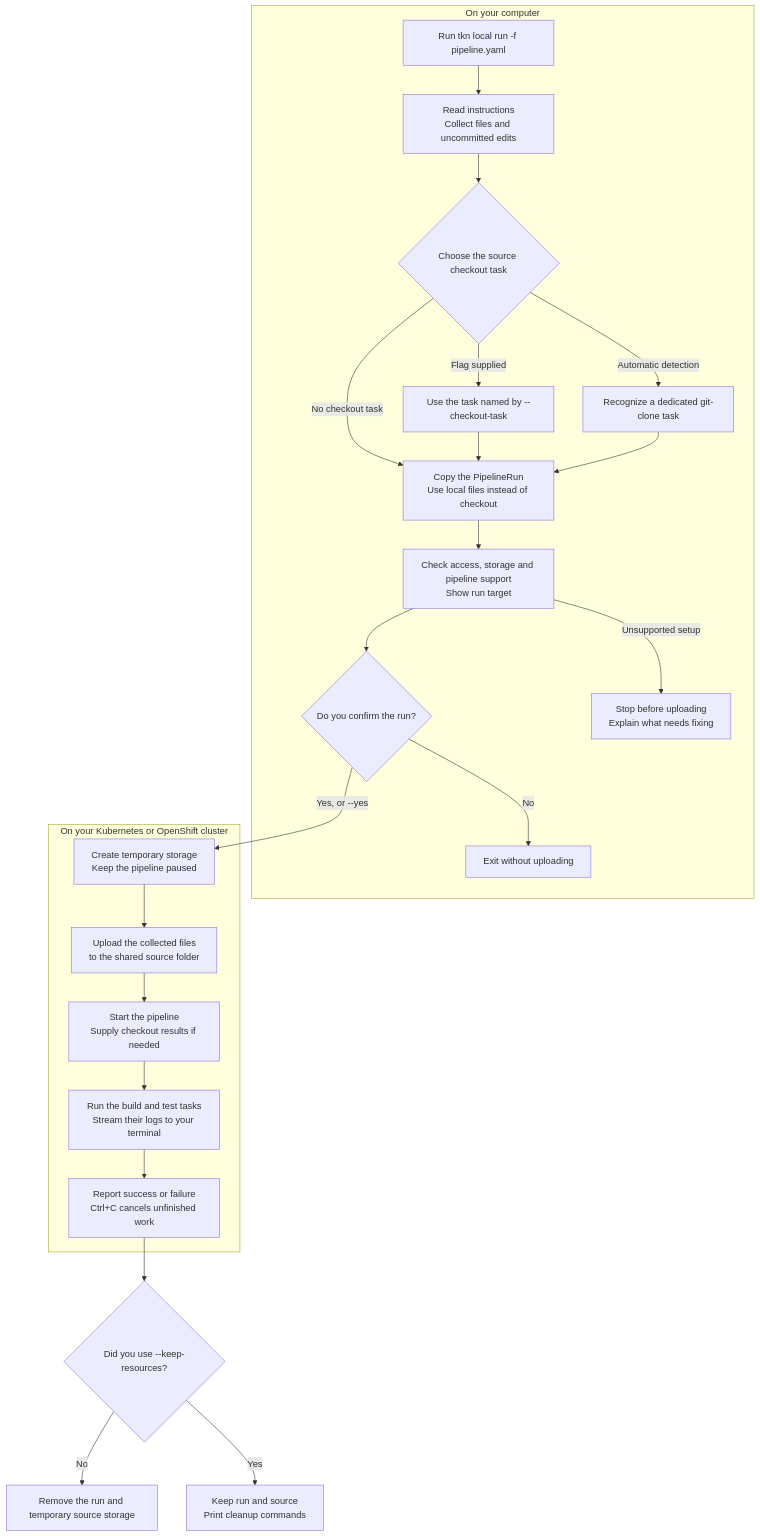
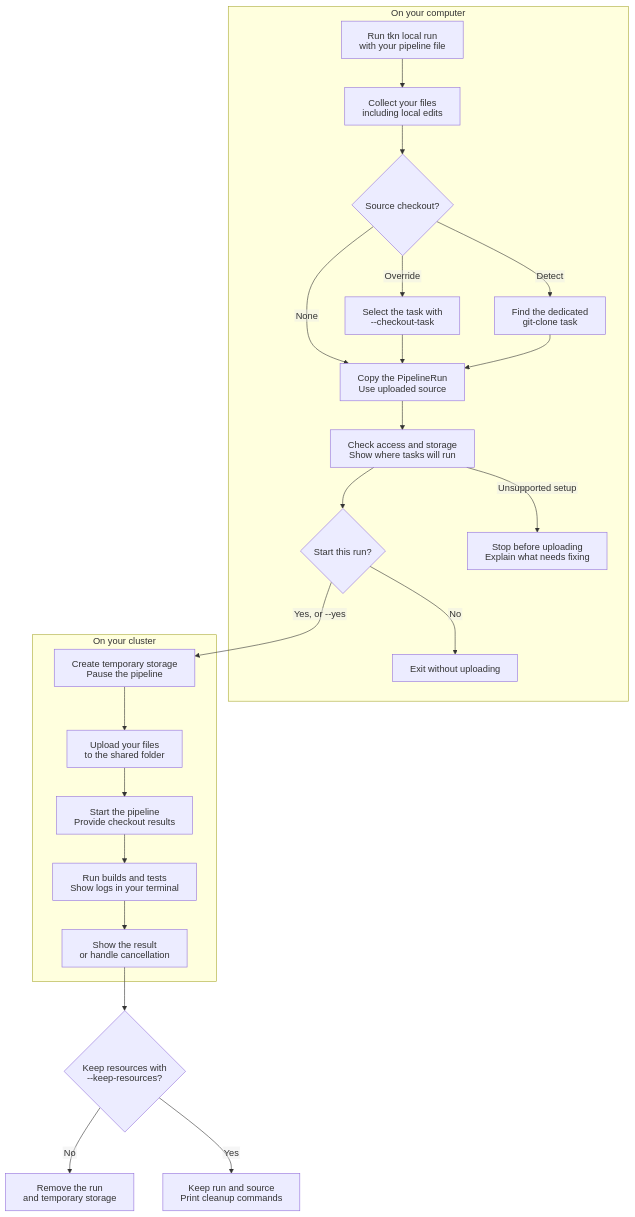
One commit to pipelines-as-code/tkn-local changed the diagram in README.md. Above: the diagram before and after it, drawn with Mermaid.

Commit message:
docs: Update architecture diagram in readme for clarity
Simplified the text and labels within the Mermaid flowchart in the
documentation to make the local run process easier to understand. Added
a configuration to wrap HTML labels properly.

````diff
--- a/README.md
+++ b/README.md
@@ -58,40 +58,41 @@
 ```mermaid
+%%{init: {"htmlLabels": false, "flowchart": {"wrappingWidth": 240}}}%%
 flowchart TD
     subgraph computer["On your computer"]
-        command["Run tkn local run -f pipeline.yaml"]
-        collect["Read instructions<br/>Collect files and uncommitted edits"]
-        checkout{"Choose the source checkout task"}
-        explicit["Use the task named by --checkout-task"]
-        automatic["Recognize a dedicated git-clone task"]
-        copy["Copy the PipelineRun<br/>Use local files instead of checkout"]
-        checks["Check access, storage and pipeline support<br/>Show run target"]
-        confirm{"Do you confirm the run?"}
+        command["Run tkn local run<br/>with your pipeline file"]
+        collect["Collect your files<br/>including local edits"]
+        checkout{"Source checkout?"}
+        explicit["Select the task with<br/>--checkout-task"]
+        automatic["Find the dedicated<br/>git-clone task"]
+        copy["Copy the PipelineRun<br/>Use uploaded source"]
+        checks["Check access and storage<br/>Show where tasks will run"]
+        confirm{"Start this run?"}
         stop["Stop before uploading<br/>Explain what needs fixing"]
         decline["Exit without uploading"]
 
         command --> collect --> checkout
-        checkout -- "Flag supplied" --> explicit
-        checkout -- "Automatic detection" --> automatic
-        checkout -- "No checkout task" --> copy
+        checkout -- "Override" --> explicit
+        checkout -- "Detect" --> automatic
+        checkout -- "None" --> copy
         explicit --> copy
         automatic --> copy
         copy --> checks --> confirm
         checks -- "Unsupported setup" --> stop
         confirm -- "No" --> decline
     end
 
-    subgraph cluster["On your Kubernetes or OpenShift cluster"]
-        storage["Create temporary storage<br/>Keep the pipeline paused"]
-        upload["Upload the collected files<br/>to the shared source folder"]
-        start["Start the pipeline<br/>Supply checkout results if needed"]
-        tasks["Run the build and test tasks<br/>Stream their logs to your terminal"]
-        result["Report success or failure<br/>Ctrl+C cancels unfinished work"]
+    subgraph cluster["On your cluster"]
+        storage["Create temporary storage<br/>Pause the pipeline"]
+        upload["Upload your files<br/>to the shared folder"]
+        start["Start the pipeline<br/>Provide checkout results"]
+        tasks["Run builds and tests<br/>Show logs in your terminal"]
+        result["Show the result<br/>or handle cancellation"]
 
         storage --> upload --> start --> tasks --> result
     end
 
     confirm -- "Yes, or --yes" --> storage
-    result --> keep{"Did you use --keep-resources?"}
-    keep -- "No" --> cleanup["Remove the run and temporary source storage"]
+    result --> keep{"Keep resources with<br/>--keep-resources?"}
+    keep -- "No" --> cleanup["Remove the run<br/>and temporary storage"]
     keep -- "Yes" --> inspect["Keep run and source<br/>Print cleanup commands"]
 ```
````
